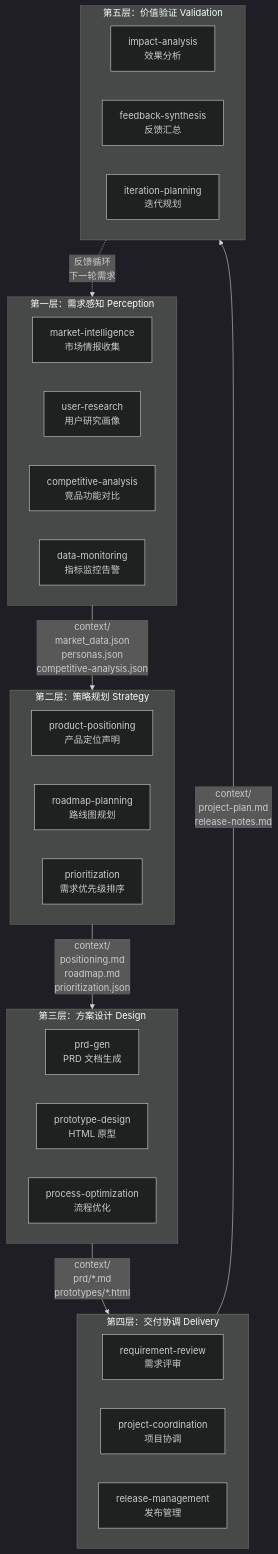
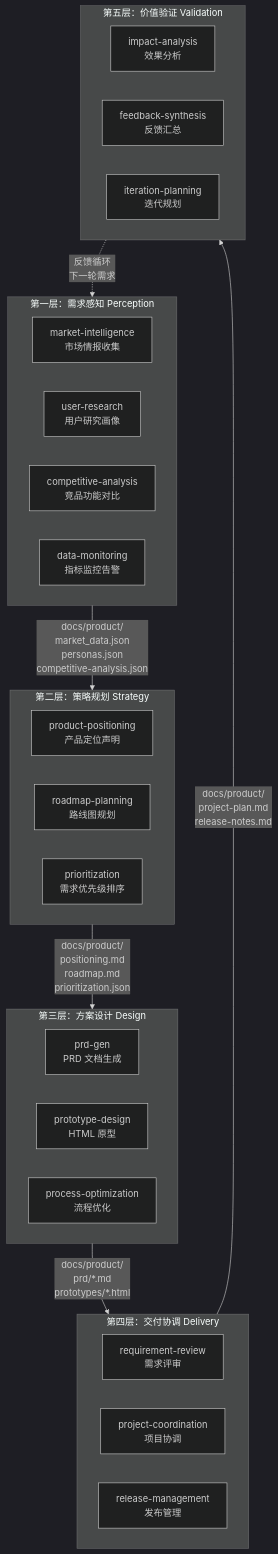
Before and after one commit to kelegele/oh-my-pm: the fourth of 5 diagrams in docs/guides/user-guide.md, drawn with Mermaid (dark theme). The commit also changed other lines of this file and 50 other files, not shown here.

First line of the commit message:
refactor: move context/ to docs/product/ with .ompm/ for intermediate state

````diff
--- a/docs/guides/user-guide.md
+++ b/docs/guides/user-guide.md
@@ -120,39 +120,39 @@
 ```mermaid
 graph TB
     subgraph L1["第一层：需求感知 Perception"]
         A1["market-intelligence\n市场情报收集"]
         A2["user-research\n用户研究画像"]
         A3["competitive-analysis\n竞品功能对比"]
         A4["data-monitoring\n指标监控告警"]
     end
 
     subgraph L2["第二层：策略规划 Strategy"]
         B1["product-positioning\n产品定位声明"]
         B2["roadmap-planning\n路线图规划"]
         B3["prioritization\n需求优先级排序"]
     end
 
     subgraph L3["第三层：方案设计 Design"]
         C1["prd-gen\nPRD 文档生成"]
         C2["prototype-design\nHTML 原型"]
         C3["process-optimization\n流程优化"]
     end
 
     subgraph L4["第四层：交付协调 Delivery"]
         D1["requirement-review\n需求评审"]
         D2["project-coordination\n项目协调"]
         D3["release-management\n发布管理"]
     end
 
     subgraph L5["第五层：价值验证 Validation"]
         E1["impact-analysis\n效果分析"]
         E2["feedback-synthesis\n反馈汇总"]
         E3["iteration-planning\n迭代规划"]
     end
 
-    L1 -->|"context/\nmarket_data.json\npersonas.json\ncompetitive-analysis.json"| L2
-    L2 -->|"context/\npositioning.md\nroadmap.md\nprioritization.json"| L3
-    L3 -->|"context/\nprd/*.md\nprototypes/*.html"| L4
-    L4 -->|"context/\nproject-plan.md\nrelease-notes.md"| L5
+    L1 -->|"docs/product/\nmarket_data.json\npersonas.json\ncompetitive-analysis.json"| L2
+    L2 -->|"docs/product/\npositioning.md\nroadmap.md\nprioritization.json"| L3
+    L3 -->|"docs/product/\nprd/*.md\nprototypes/*.html"| L4
+    L4 -->|"docs/product/\nproject-plan.md\nrelease-notes.md"| L5
     L5 -.->|"反馈循环\n下一轮需求"| L1
 ```
````
